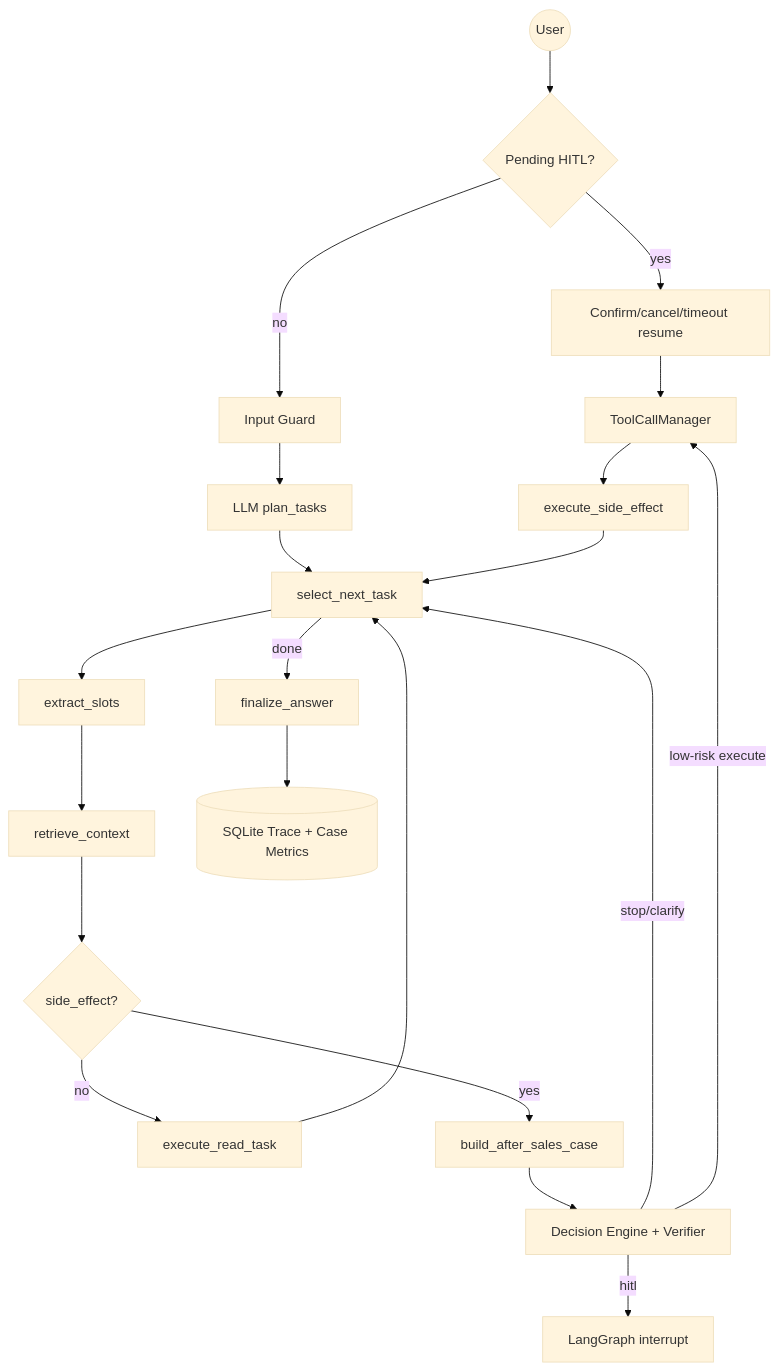
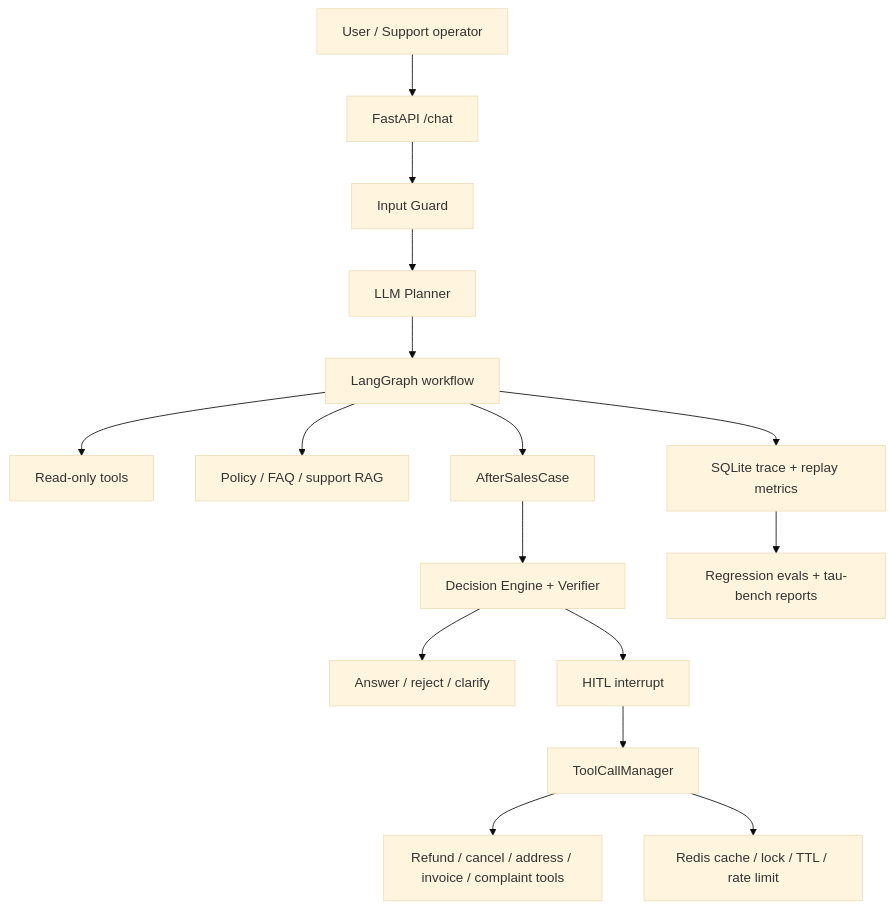
The diagram in README.md (bigfish-emily/commerce-support-agent), drawn with Mermaid (base theme) before and after one commit. The commit also changed other lines of this file, not shown here.

````diff
--- a/README.md
+++ b/README.md
@@ -172,23 +18,18 @@
 ```mermaid
 flowchart TD
-    Start((User)) --> Pending{Pending HITL?}
-    Pending -- yes --> Resume[Confirm/cancel/timeout resume]
-    Pending -- no --> Guard[Input Guard]
-    Guard --> Planner[LLM plan_tasks]
-    Planner --> Select[select_next_task]
-    Select --> Extract[extract_slots]
-    Extract --> Retrieve[retrieve_context]
-    Retrieve --> Branch{side_effect?}
-    Branch -- no --> Read[execute_read_task]
-    Read --> Select
-    Branch -- yes --> Case[build_after_sales_case]
+    U[User / Support operator] --> API[FastAPI /chat]
+    API --> Guard[Input Guard]
+    Guard --> Planner[LLM Planner]
+    Planner --> Graph[LangGraph workflow]
+    Graph --> Read[Read-only tools]
+    Graph --> RAG[Policy / FAQ / support RAG]
+    Graph --> Case[AfterSalesCase]
     Case --> Decision[Decision Engine + Verifier]
-    Decision -- stop/clarify --> Select
-    Decision -- low-risk execute --> Tool[ToolCallManager]
-    Decision -- hitl --> Interrupt[LangGraph interrupt]
-    Resume --> Tool
-    Tool --> Write[execute_side_effect]
-    Write --> Select
-    Select -- done --> Final[finalize_answer]
-    Final --> Trace[(SQLite Trace + Case Metrics)]
+    Decision --> Safe[Answer / reject / clarify]
+    Decision --> HITL[HITL interrupt]
+    HITL --> Tool[ToolCallManager]
+    Tool --> Write[Refund / cancel / address / invoice / complaint tools]
+    Tool --> Redis[Redis cache / lock / TTL / rate limit]
+    Graph --> Trace[SQLite trace + replay metrics]
+    Trace --> Eval[Regression evals + tau-bench reports]
 ```
````
